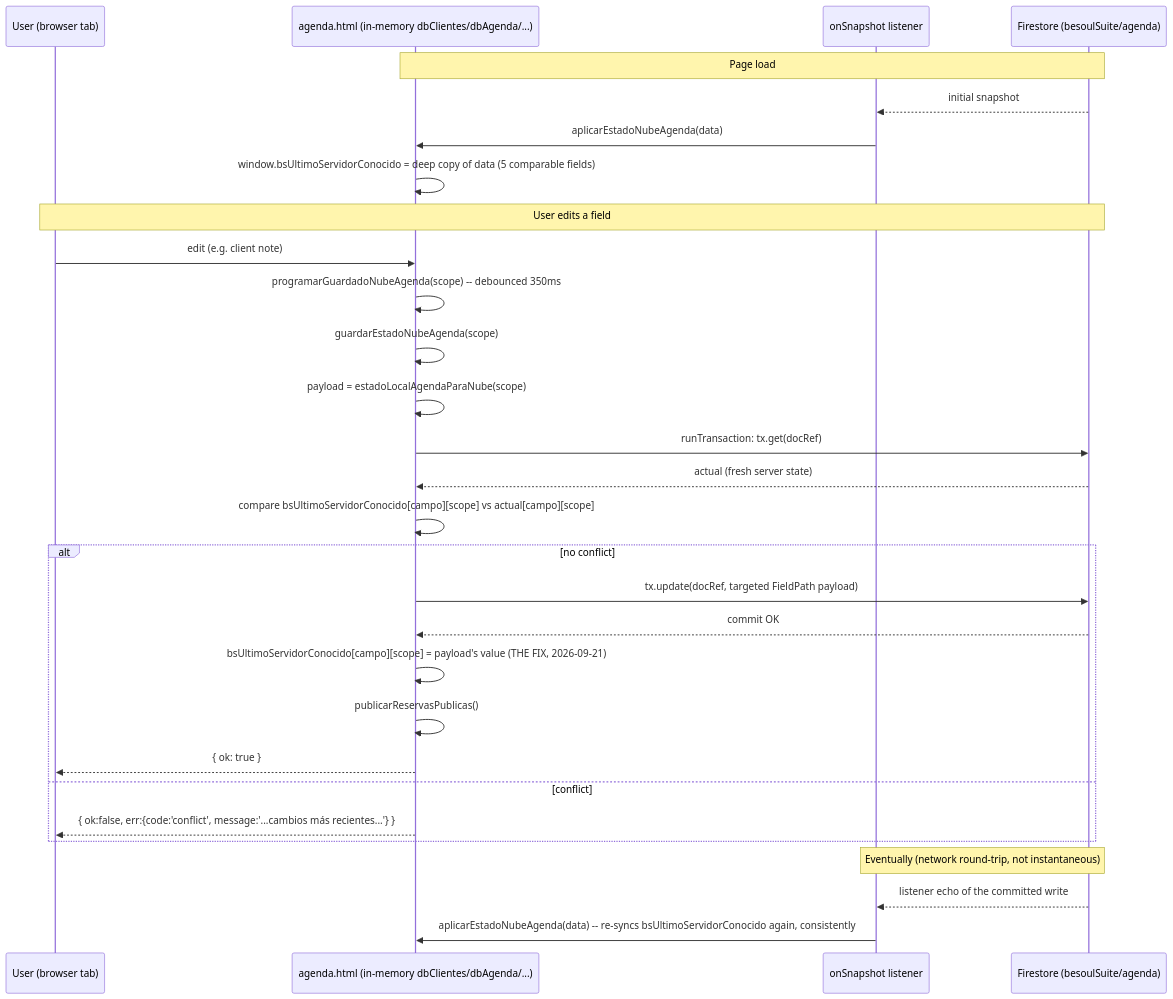
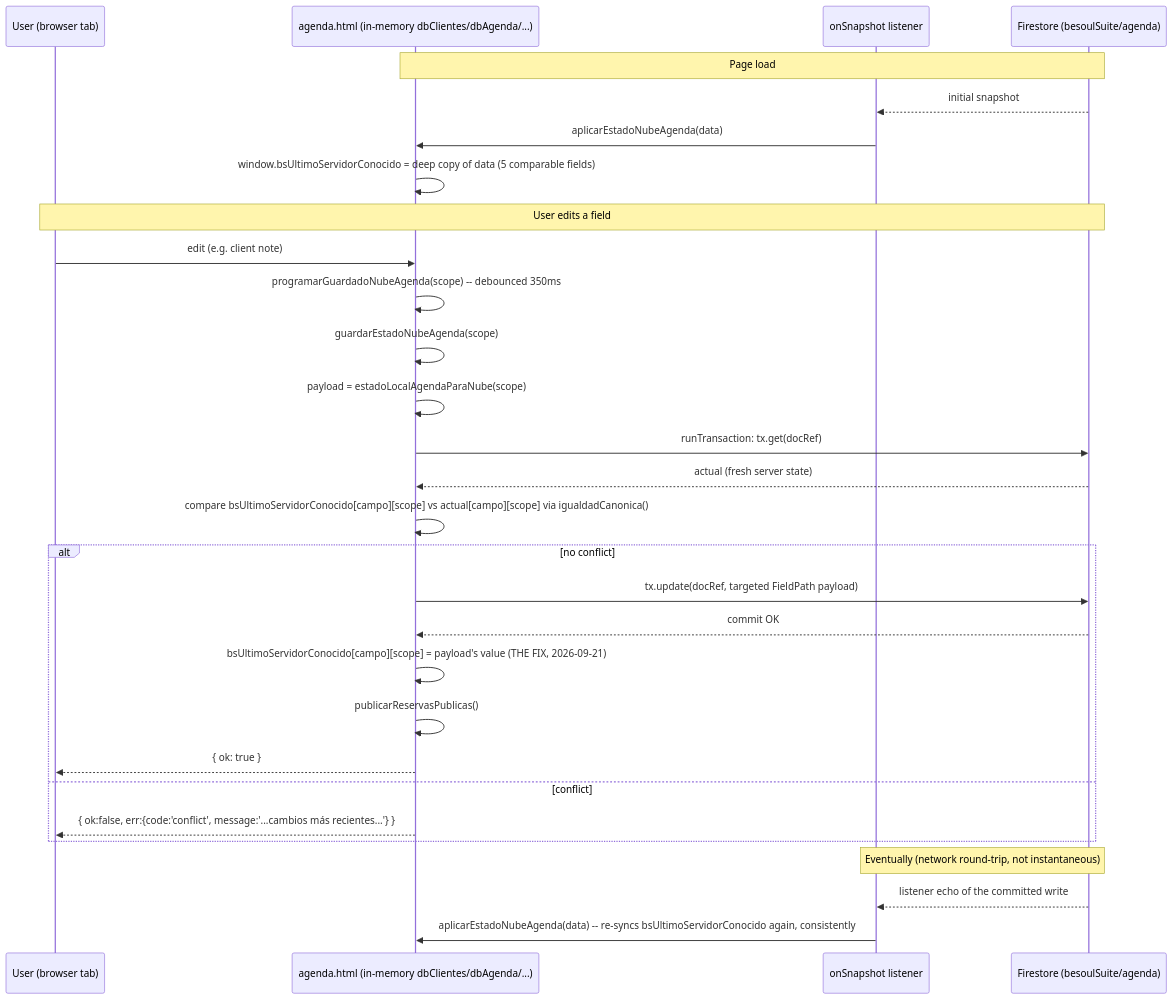
One commit to franjmorenomartin-coder/besoul-suite changed the first of 8 diagrams in docs/BESOUL-DATA-FLOWS.md. Above: the diagram before and after it, drawn with Mermaid. The commit also changed other lines of this file and 11 other files, not shown here.

````diff
--- a/docs/BESOUL-DATA-FLOWS.md
+++ b/docs/BESOUL-DATA-FLOWS.md
@@ -8,34 +10,34 @@
 ```mermaid
 sequenceDiagram
     participant U as User (browser tab)
     participant A as agenda.html (in-memory dbClientes/dbAgenda/...)
     participant L as onSnapshot listener
     participant F as Firestore (besoulSuite/agenda)
 
     Note over A,F: Page load
     F-->>L: initial snapshot
     L->>A: aplicarEstadoNubeAgenda(data)
     A->>A: window.bsUltimoServidorConocido = deep copy of data (5 comparable fields)
 
     Note over U,F: User edits a field
     U->>A: edit (e.g. client note)
     A->>A: programarGuardadoNubeAgenda(scope) -- debounced 350ms
     A->>A: guardarEstadoNubeAgenda(scope)
     A->>A: payload = estadoLocalAgendaParaNube(scope)
     A->>F: runTransaction: tx.get(docRef)
     F-->>A: actual (fresh server state)
-    A->>A: compare bsUltimoServidorConocido[campo][scope] vs actual[campo][scope]
+    A->>A: compare bsUltimoServidorConocido[campo][scope] vs actual[campo][scope] via igualdadCanonica()
     alt no conflict
         A->>F: tx.update(docRef, targeted FieldPath payload)
         F-->>A: commit OK
         A->>A: bsUltimoServidorConocido[campo][scope] = payload's value (THE FIX, 2026-09-21)
         A->>A: publicarReservasPublicas()
         A-->>U: { ok: true }
     else conflict
         A-->>U: { ok:false, err:{code:'conflict', message:'...cambios más recientes...'} }
     end
 
     Note over F,L: Eventually (network round-trip, not instantaneous)
     F-->>L: listener echo of the committed write
     L->>A: aplicarEstadoNubeAgenda(data) -- re-syncs bsUltimoServidorConocido again, consistently
 ```
````
